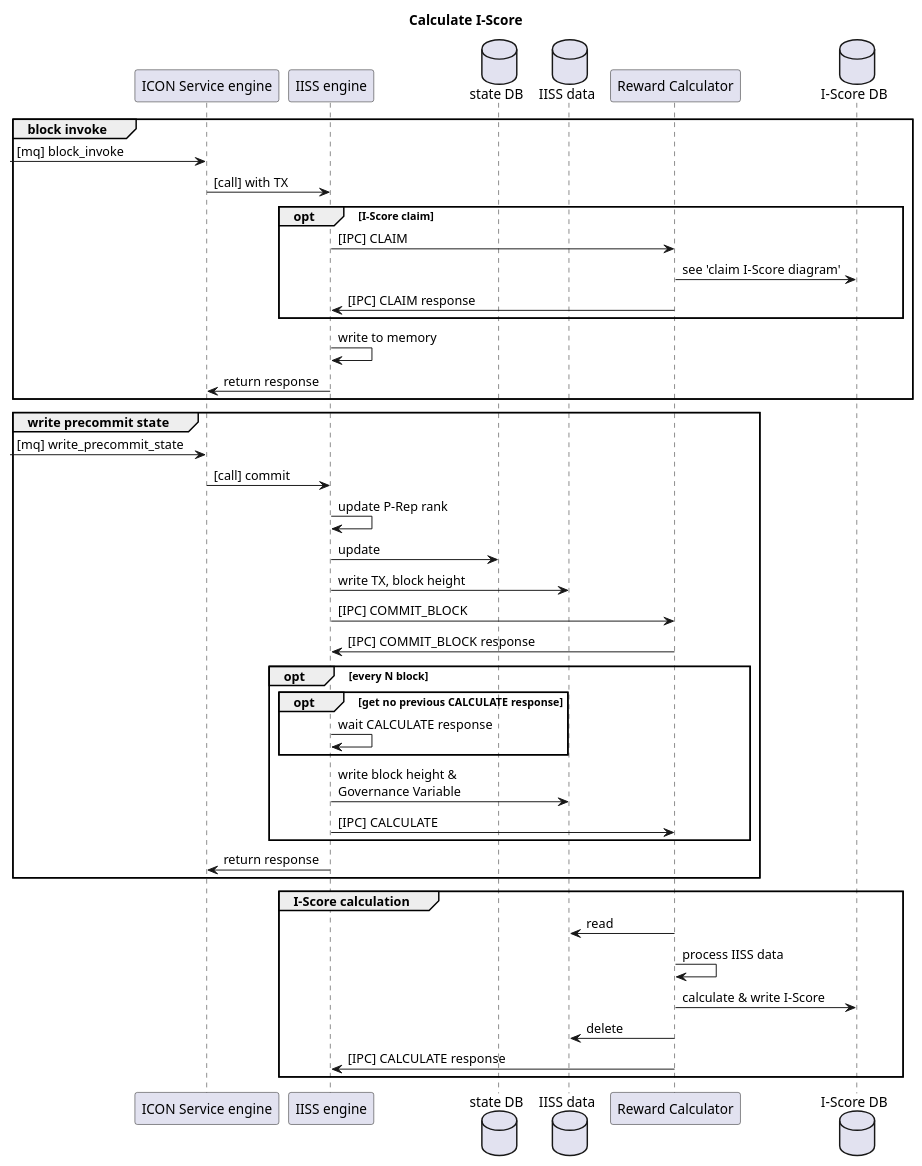
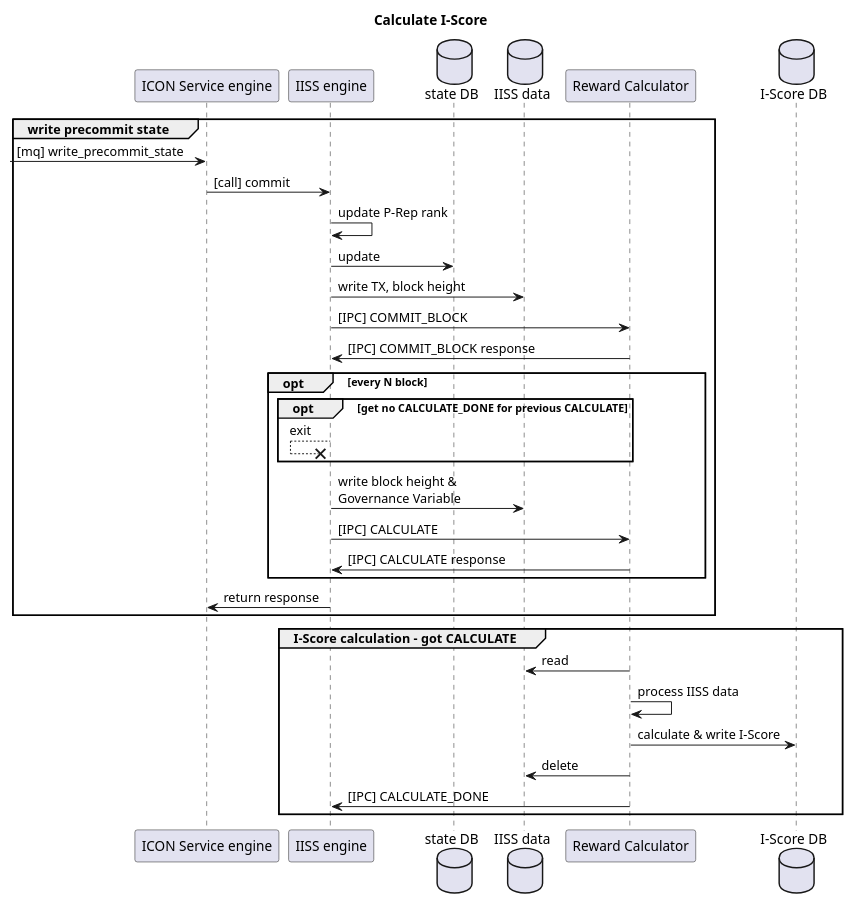
The diagram in docs/iiss_calculation.wsd (icon-project/rewardcalculator), drawn with PlantUML before and after one commit. The commit also changed 13 other files, not shown here.

```diff
--- a/docs/iiss_calculation.wsd
+++ b/docs/iiss_calculation.wsd
@@ -1,56 +1,45 @@
 @startuml
 title Calculate I-Score
 
 participant "ICON Service engine" as IS
 participant "IISS engine" as IISS
 database "state DB" as SDB
 database "IISS data" as ID
 participant "Reward Calculator" as RC
 database "I-Score DB" as ISDB
-
-group block invoke
--> IS: [mq] block_invoke
-IS -> IISS: [call] with TX
-opt I-Score claim
-IISS -> RC: [IPC] CLAIM
-RC -> ISDB: see 'claim I-Score diagram'
-RC -> IISS: [IPC] CLAIM response
-end
-IISS -> IISS: write to memory
-IISS -> IS: return response
-end
 
 group write precommit state
 
 -> IS: [mq] write_precommit_state
 IS -> IISS: [call] commit
 IISS -> IISS: update P-Rep rank
 IISS -> SDB: update
 IISS -> ID: write TX, block height
 IISS -> RC: [IPC] COMMIT_BLOCK
 RC -> IISS : [IPC] COMMIT_BLOCK response
 
 opt every N block
-opt get no previous CALCULATE response
-IISS -> IISS: wait CALCULATE response
+opt get no CALCULATE_DONE for previous CALCULATE
+IISS x<-- IISS: exit
 end
 
 IISS -> ID: write block height &\nGovernance Variable
 IISS -> RC: [IPC] CALCULATE
+RC -> IISS : [IPC] CALCULATE response
 end alt every N block
 
 IISS -> IS: return response
 
 end group write precommit
 
-group I-Score calculation
+group I-Score calculation - got CALCULATE
 
 RC -> ID: read
 RC -> RC: process IISS data
 RC -> ISDB: calculate & write I-Score
 RC -> ID: delete
-RC -> IISS: [IPC] CALCULATE response
+RC -> IISS: [IPC] CALCULATE_DONE
 
 end group
 
 @enduml
```
